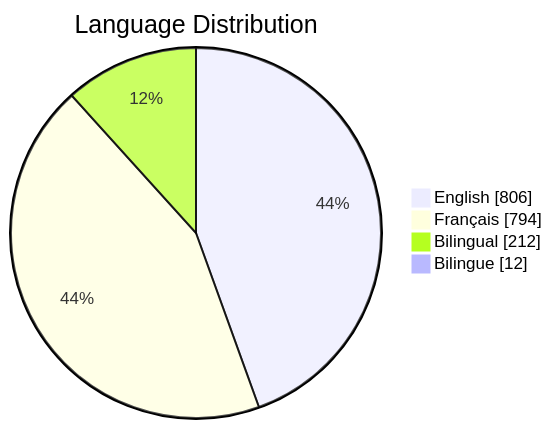
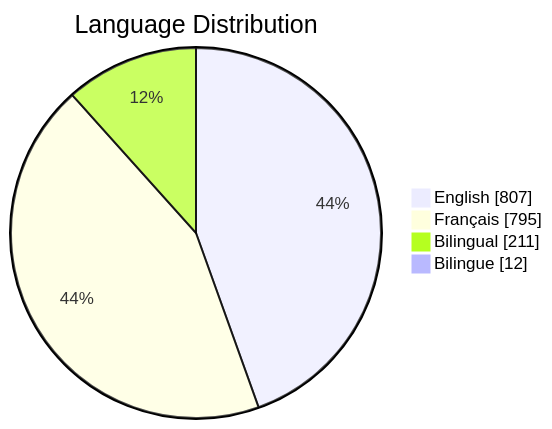
One commit to PatLittle/GC-Socials changed the third of 6 diagrams in README.md. Above: the diagram before and after it, drawn with Mermaid. The commit also changed other lines of this file, not shown here.

Commit message:
Update README with Platform Distribution pie chart

````diff
--- a/README.md
+++ b/README.md
@@ -63,7 +63,7 @@
 ```mermaid
 pie showData title Language Distribution
-    "English": 806
-    "Français": 794
-    "Bilingual": 212
+    "English": 807
+    "Français": 795
+    "Bilingual": 211
     "Bilingue": 12
 ```
````
